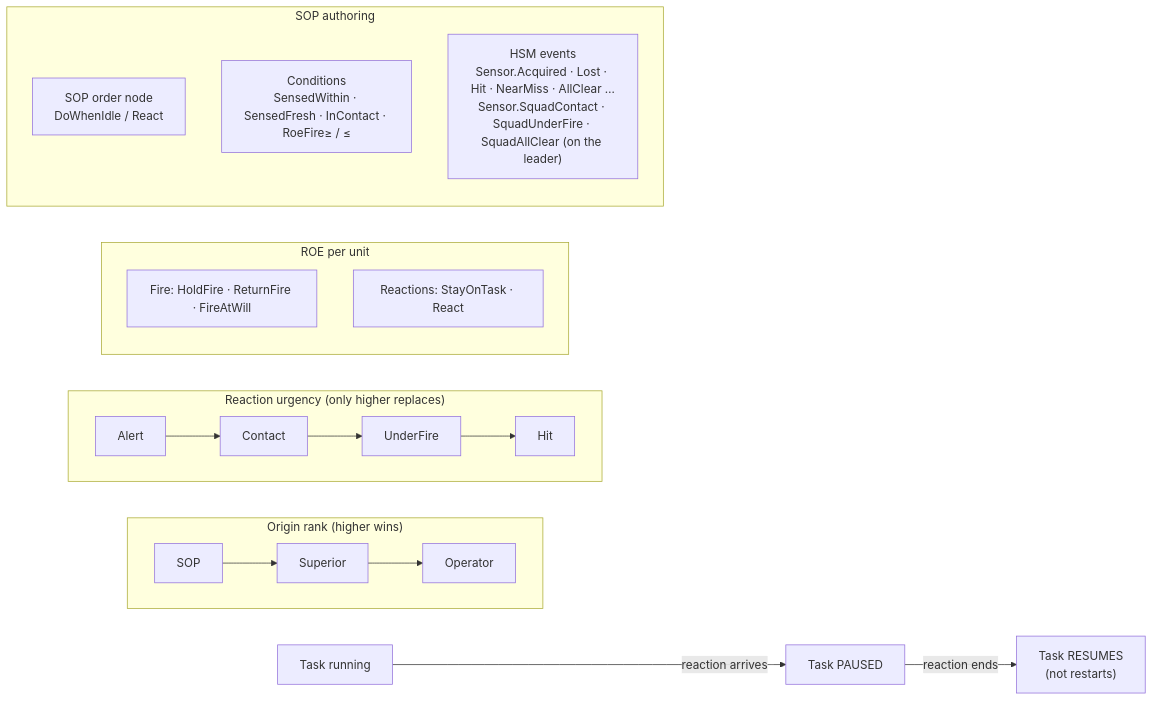
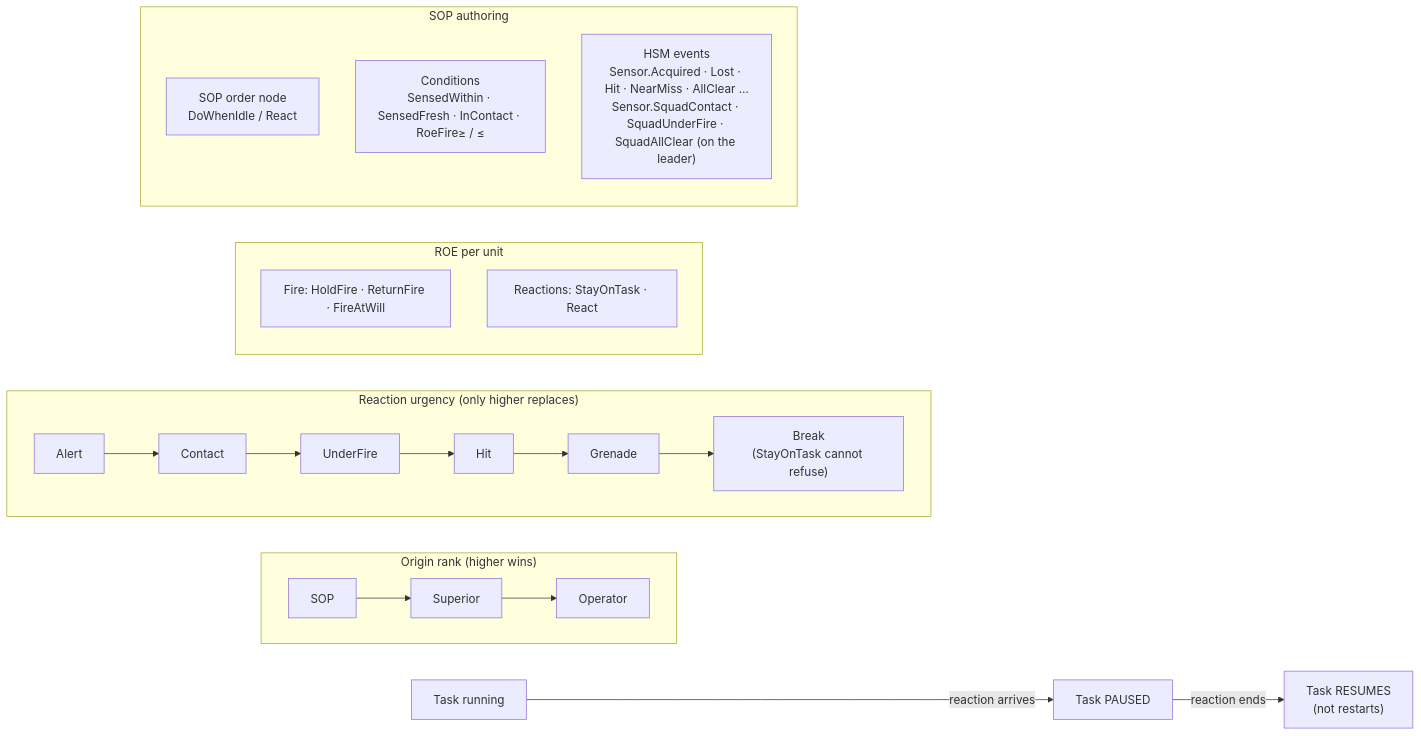
Before and after one commit to pjanec/HROT: the second of 10 diagrams in docs/OVERVIEW_Behaviour_Building_Blocks.md, drawn with Mermaid. The commit also changed other lines of this file and 33 other files, not shown here.

````diff
--- a/docs/OVERVIEW_Behaviour_Building_Blocks.md
+++ b/docs/OVERVIEW_Behaviour_Building_Blocks.md
@@ -75,22 +75,22 @@
 ```mermaid
 graph LR
   subgraph RANK["Origin rank (higher wins)"]
     direction LR
     R1["SOP"] --> R2["Superior"] --> R3["Operator"]
   end
   subgraph URG["Reaction urgency (only higher replaces)"]
     direction LR
-    U1["Alert"] --> U2["Contact"] --> U3["UnderFire"] --> U4["Hit"]
+    U1["Alert"] --> U2["Contact"] --> U3["UnderFire"] --> U4["Hit"] --> U5["Grenade"] --> U6["Break<br/>(StayOnTask cannot refuse)"]
   end
   T["Task running"] -- "reaction arrives" --> P["Task PAUSED"]
   P -- "reaction ends" --> RES["Task RESUMES<br/>(not restarts)"]
   subgraph ROEBOX["ROE per unit"]
     F["Fire: HoldFire · ReturnFire · FireAtWill"]
     RE["Reactions: StayOnTask · React"]
   end
   subgraph SOPNODES["SOP authoring"]
     O1["SOP order node<br/>DoWhenIdle / React"]
     C1["Conditions<br/>SensedWithin · SensedFresh · InContact · RoeFire≥ / ≤"]
     E1["HSM events<br/>Sensor.Acquired · Lost · Hit · NearMiss · AllClear …<br/>Sensor.SquadContact · SquadUnderFire · SquadAllClear (on the leader)"]
   end
 ```
````
